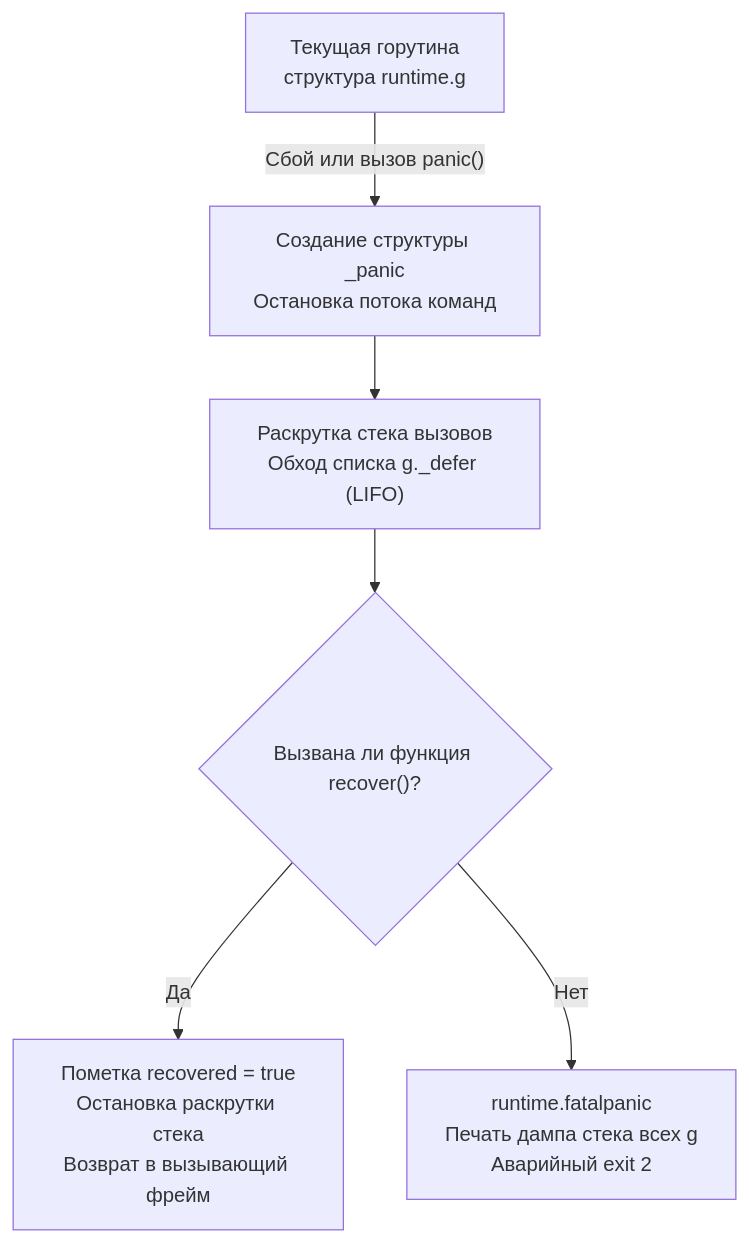
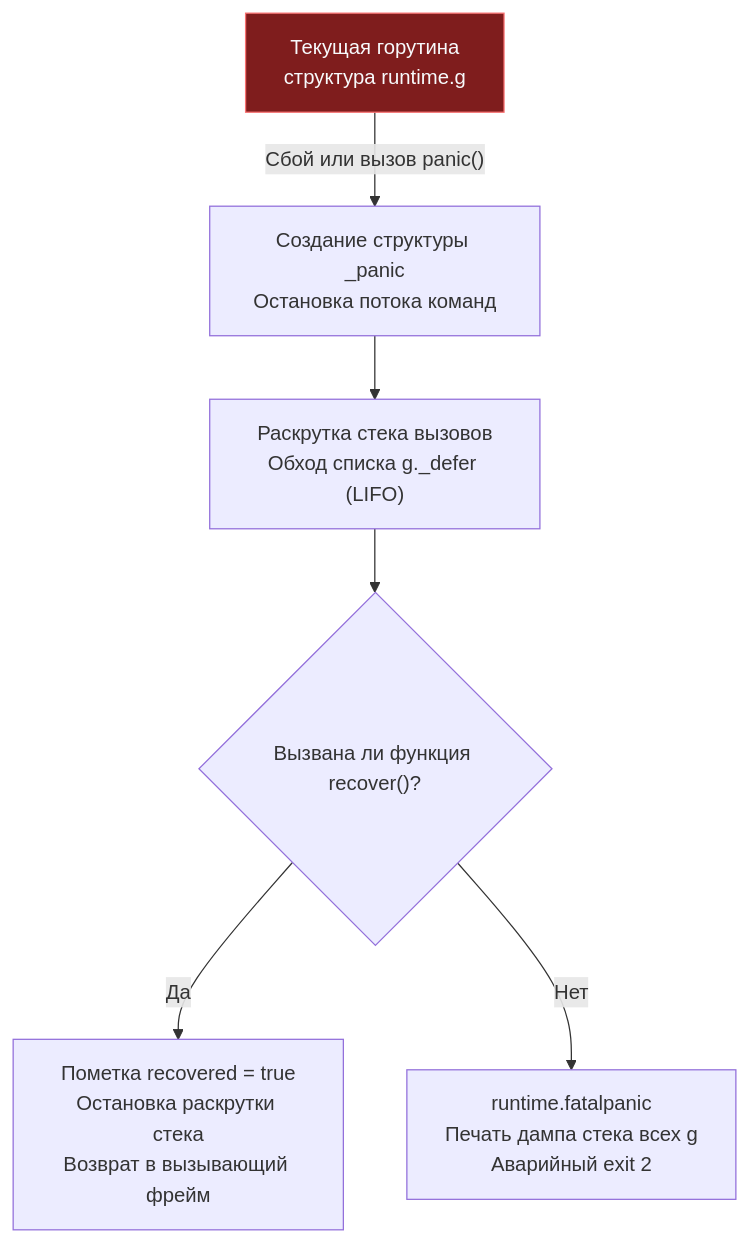
The diagram in sources/4. История и философия Go/11. Panic и Recover. Когда они нужны, а когда вредны.md (UnrealTemplier/go-textbook), drawn with Mermaid before and after one commit. The commit also changed 1666 other files, not shown here.

First line of the commit message:
feat(mermaid): add semantic color classDef to 1369 colorless flowchart/graph diagrams

````diff
--- a/sources/4. История и философия Go/11. Panic и Recover. Когда они нужны, а когда вредны.md
+++ b/sources/4. История и философия Go/11. Panic и Recover. Когда они нужны, а когда вредны.md
@@ -27,8 +27,18 @@
 ```mermaid
 flowchart TD
-    A["Текущая горутина<br>структура runtime.g"] -->|"Сбой или вызов panic()"| B["Создание структуры _panic<br>Остановка потока команд"]
+    classDef process  fill:#1e293b,stroke:#38bdf8,stroke-width:1px,color:#f8fafc
+    classDef success  fill:#064e3b,stroke:#34d399,stroke-width:1px,color:#f8fafc
+    classDef error    fill:#7f1d1d,stroke:#f87171,stroke-width:1px,color:#f8fafc
+    classDef warning  fill:#78350f,stroke:#fbbf24,stroke-width:1px,color:#f8fafc
+    classDef entry    fill:#1e3a5f,stroke:#38bdf8,stroke-width:2px,color:#f8fafc
+    classDef aux      fill:#334155,stroke:#64748b,stroke-width:1px,color:#f8fafc
+    classDef system   fill:#312e81,stroke:#a78bfa,stroke-width:1px,color:#f8fafc
+    classDef data     fill:#132d29,stroke:#2dd4bf,stroke-width:1px,color:#f8fafc
+    classDef network  fill:#881337,stroke:#fb7185,stroke-width:1px,color:#f8fafc
+    classDef accent   fill:#1e1b4b,stroke:#818cf8,stroke-width:1px,color:#f8fafc
+    A["Текущая горутина<br>структура runtime.g"]:::error -->|"Сбой или вызов panic()"| B["Создание структуры _panic<br>Остановка потока команд"]
     B --> C["Раскрутка стека вызовов<br>Обход списка g._defer (LIFO)"]
     C --> D{"Вызвана ли функция recover()?"}
     D -->|"Да"| E["Пометка recovered = true<br>Остановка раскрутки стека<br>Возврат в вызывающий фрейм"]
     D -->|"Нет"| F["runtime.fatalpanic<br>Печать дампа стека всех g<br>Аварийный exit 2"]
 ```
````
